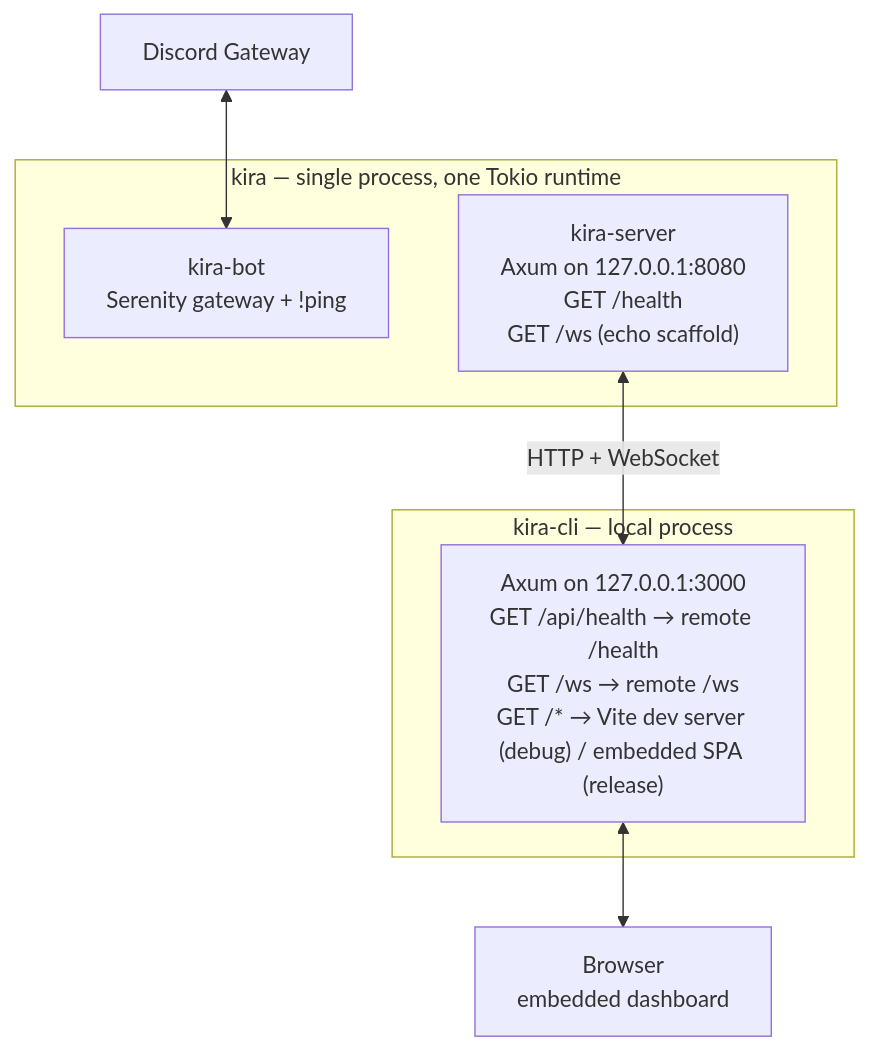
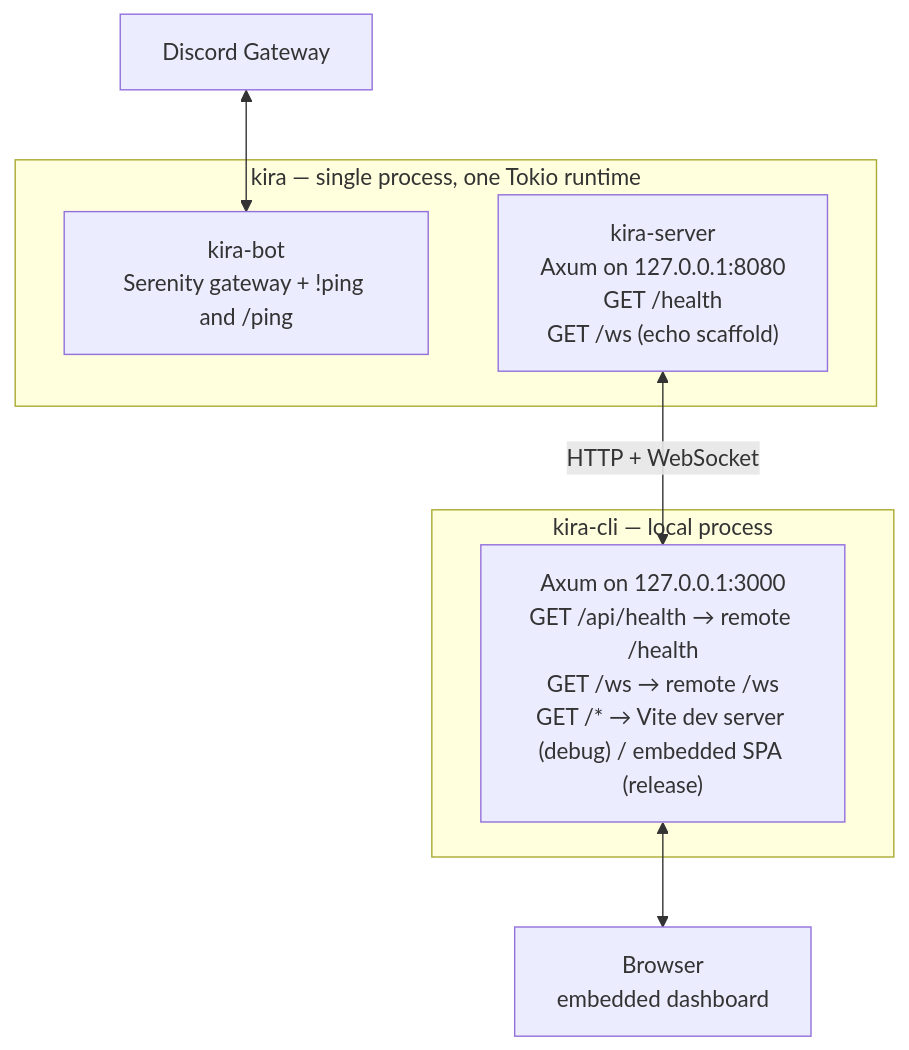
One commit to merzen-sh/kira changed the first of 3 diagrams in docs/architecture.md. Above: the diagram before and after it, drawn with Mermaid. The commit also changed other lines of this file and 4 other files, not shown here.

First line of the commit message:
feat(bot): add /ping slash command (#15)

````diff
--- a/docs/architecture.md
+++ b/docs/architecture.md
@@ -15,19 +15,19 @@
 ```mermaid
 flowchart TB
     GW["Discord Gateway"]
 
     subgraph KIRA["kira — single process, one Tokio runtime"]
-        BOT["kira-bot<br/>Serenity gateway + !ping"]
+        BOT["kira-bot<br/>Serenity gateway + !ping and /ping"]
         SERVER["kira-server<br/>Axum on 127.0.0.1:8080<br/>GET /health<br/>GET /ws (echo scaffold)"]
     end
 
     subgraph LOCAL["kira-cli — local process"]
         CLI["Axum on 127.0.0.1:3000<br/>GET /api/health → remote /health<br/>GET /ws → remote /ws<br/>GET /* → Vite dev server (debug) / embedded SPA (release)"]
     end
 
     BROWSER["Browser<br/>embedded dashboard"]
 
     GW <--> BOT
     SERVER <-->|"HTTP + WebSocket"| CLI
     CLI <--> BROWSER
 ```
````
